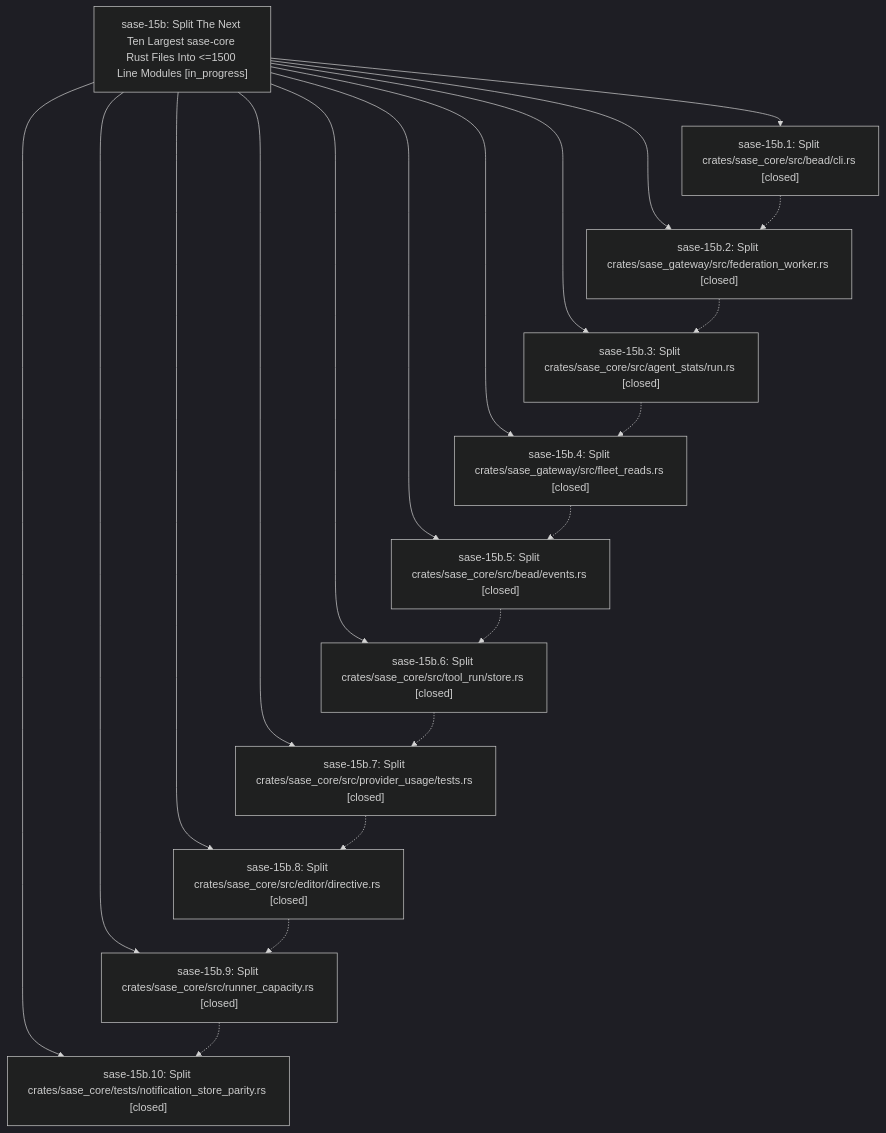
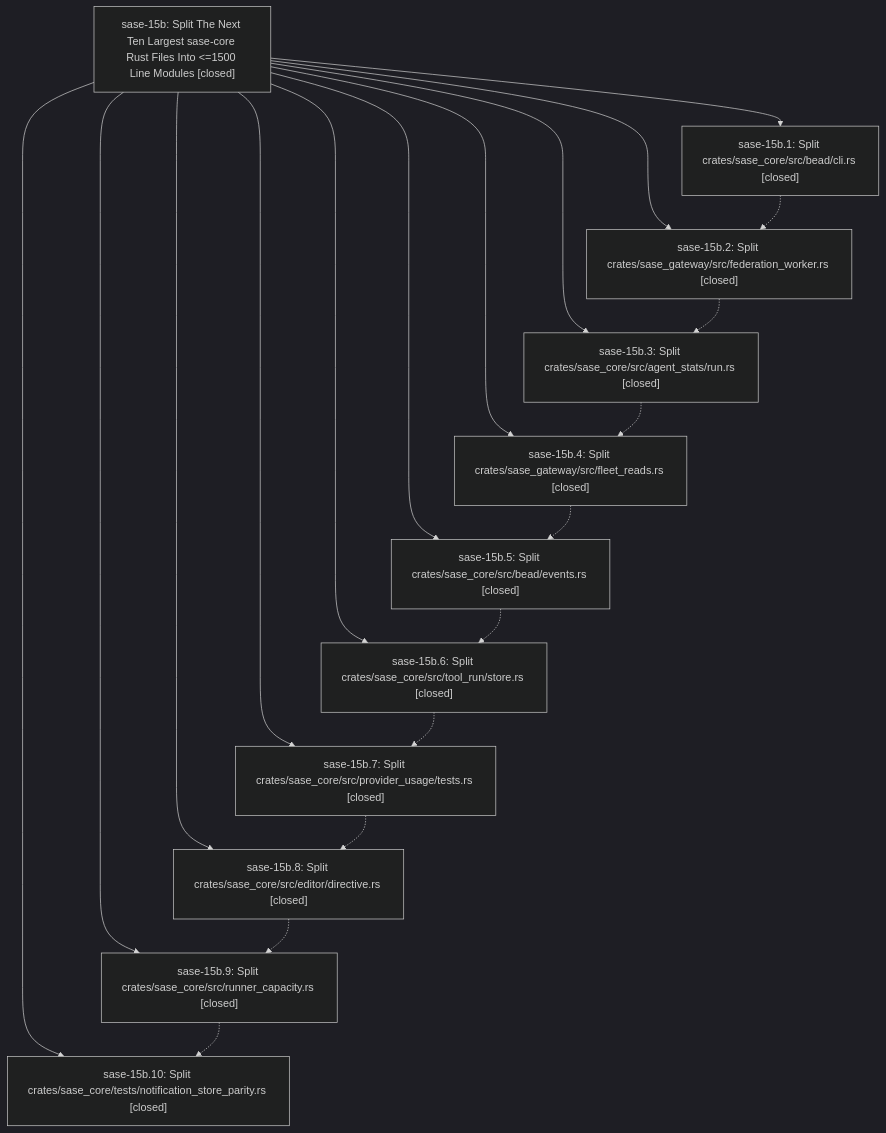
The diagram in pages/sase-15b/README.md (sase-org/sase--beads), drawn with Mermaid (dark theme) before and after one commit. The commit also changed other lines of this file and 1 other file, not shown here.

First line of the commit message:
chore(beads): sync bead state and pages for sase-15b

````diff
--- a/pages/sase-15b/README.md
+++ b/pages/sase-15b/README.md
@@ -45,33 +51,33 @@
 ```mermaid
 flowchart TD
-    n0["sase-15b: Split The Next Ten Largest sase-core Rust Files Into &lt;=1500 Line Modules [in_progress]"]
+    n0["sase-15b: Split The Next Ten Largest sase-core Rust Files Into &lt;=1500 Line Modules [closed]"]
     n1["sase-15b.1: Split crates/sase_core/src/bead/cli.rs [closed]"]
     n2["sase-15b.10: Split crates/sase_core/tests/notification_store_parity.rs [closed]"]
     n3["sase-15b.2: Split crates/sase_gateway/src/federation_worker.rs [closed]"]
     n4["sase-15b.3: Split crates/sase_core/src/agent_stats/run.rs [closed]"]
     n5["sase-15b.4: Split crates/sase_gateway/src/fleet_reads.rs [closed]"]
     n6["sase-15b.5: Split crates/sase_core/src/bead/events.rs [closed]"]
     n7["sase-15b.6: Split crates/sase_core/src/tool_run/store.rs [closed]"]
     n8["sase-15b.7: Split crates/sase_core/src/provider_usage/tests.rs [closed]"]
     n9["sase-15b.8: Split crates/sase_core/src/editor/directive.rs [closed]"]
     n10["sase-15b.9: Split crates/sase_core/src/runner_capacity.rs [closed]"]
     n0 --> n1
     n0 --> n2
     n0 --> n3
     n0 --> n4
     n0 --> n5
     n0 --> n6
     n0 --> n7
     n0 --> n8
     n0 --> n9
     n0 --> n10
     n1 -.-> n3
     n3 -.-> n4
     n4 -.-> n5
     n5 -.-> n6
     n6 -.-> n7
     n7 -.-> n8
     n8 -.-> n9
     n9 -.-> n10
     n10 -.-> n2
 ```
````
